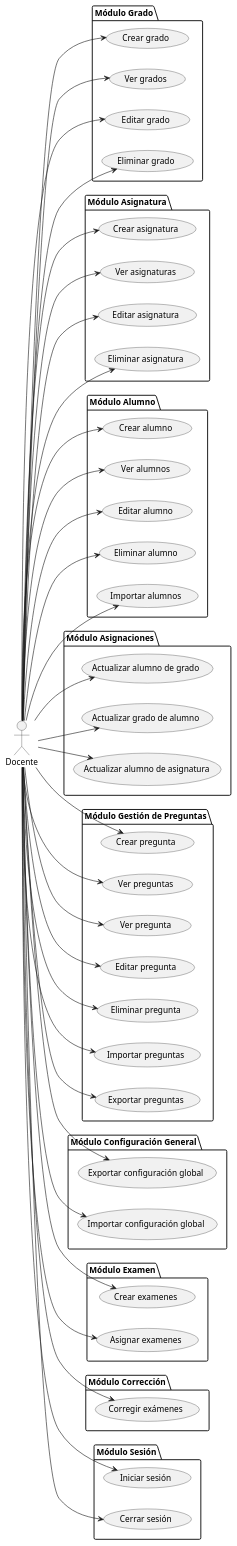
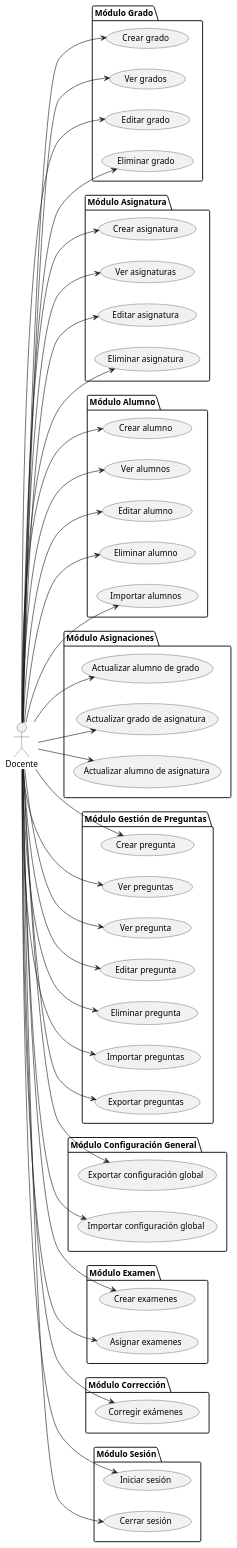
One commit to martinlopez7/25-26-IdSw1-SdR changed the diagram in documents/casos-de-uso/encontrarActoresYCasosDeUso/actoresYCasosDeUso-docente.puml. Above: the diagram before and after it, drawn with PlantUML. The commit also changed 3 other files, not shown here.

Commit message:
fix(cu) : cambia alumno por asignatura en modelo asignaciones [refs #42]

```diff
--- a/documents/casos-de-uso/encontrarActoresYCasosDeUso/actoresYCasosDeUso-docente.puml
+++ b/documents/casos-de-uso/encontrarActoresYCasosDeUso/actoresYCasosDeUso-docente.puml
@@ -1,96 +1,96 @@
 @startuml actoresYCasosDeUso-docente
 
 left to right direction
 
 actor "Docente" as doc
 
 package "Módulo Grado" {
   usecase "Crear grado" as UC1
   usecase "Ver grados" as UC2
   usecase "Editar grado" as UC3
   usecase "Eliminar grado" as UC4
 }
 
 package "Módulo Asignatura" {
   usecase "Crear asignatura" as UC5
   usecase "Ver asignaturas" as UC6
   usecase "Editar asignatura" as UC7
   usecase "Eliminar asignatura" as UC8
 }
 
 package "Módulo Alumno" {
   usecase "Crear alumno" as UC9
   usecase "Ver alumnos" as UC10
   usecase "Editar alumno" as UC11
   usecase "Eliminar alumno" as UC12
    usecase "Importar alumnos" as UC19
 }
 
 package "Módulo Asignaciones" {
   usecase "Actualizar alumno de grado" as UC13
-  usecase "Actualizar grado de alumno" as UC15
+  usecase "Actualizar grado de asignatura" as UC15
   usecase "Actualizar alumno de asignatura" as UC17
 }
 
 package "Módulo Gestión de Preguntas" {
   usecase "Crear pregunta" as UC20
   usecase "Ver preguntas" as UC21
   usecase "Ver pregunta" as UC30
   usecase "Editar pregunta" as UC22
   usecase "Eliminar pregunta" as UC23
   usecase "Importar preguntas" as UC24
   usecase "Exportar preguntas" as UC25
 }
 
 package "Módulo Configuración General" {
   usecase "Exportar configuración global" as UC26
   usecase "Importar configuración global" as UC27
 }
 
 package "Módulo Examen" {
   usecase "Crear examenes" as UC28
   usecase "Asignar examenes" as UC29
  
 }
 
 package "Módulo Corrección" {
   usecase "Corregir exámenes" as UC31
 }
 
 package "Módulo Sesión" {
   usecase "Iniciar sesión" as UC41
   usecase "Cerrar sesión" as UC42
 }
 
 doc --> UC1
 doc --> UC2
 doc --> UC3
 doc --> UC4
 doc --> UC5
 doc --> UC6
 doc --> UC7
 doc --> UC8
 doc --> UC9
 doc --> UC10
 doc --> UC11
 doc --> UC12
 doc --> UC13
 doc --> UC15
 doc --> UC17
 doc --> UC19
 doc --> UC20
 doc --> UC21
 doc --> UC22
 doc --> UC23
 doc --> UC24
 doc --> UC25
 doc --> UC26
 doc --> UC27
 doc --> UC28
 doc --> UC29
 doc --> UC30
 doc --> UC31
 doc --> UC41
 doc --> UC42
 
 @enduml
```
